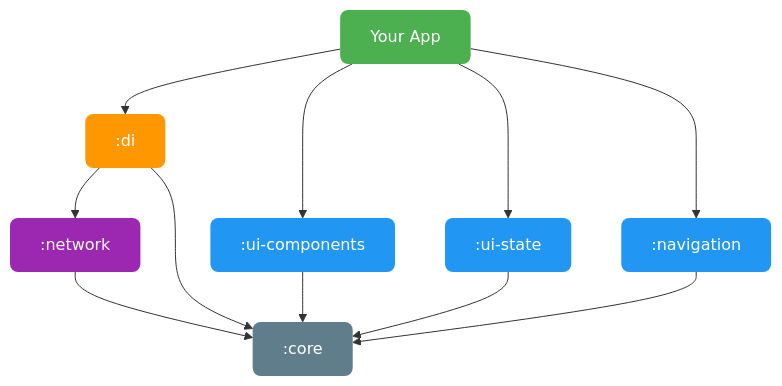
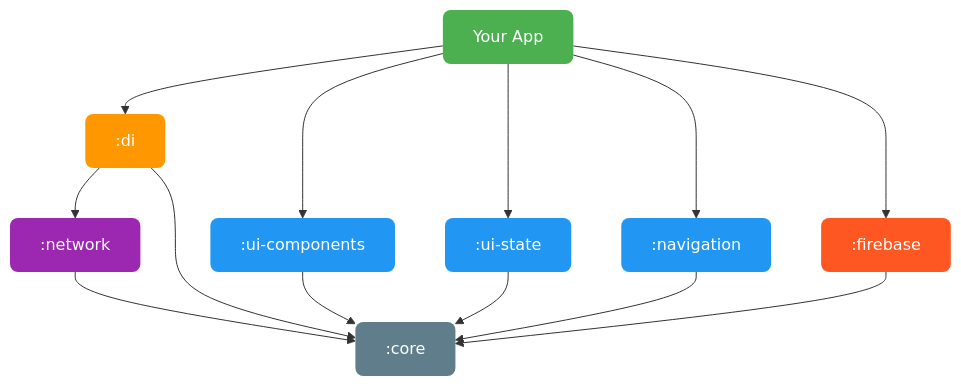
The first of 2 diagrams in README.md (wahidabd/miru-sdk), drawn with Mermaid before and after one commit. The commit also changed other lines of this file and 8 other files, not shown here.

````diff
--- a/README.md
+++ b/README.md
@@ -40,22 +41,25 @@
 ```mermaid
 graph TD
     APP[Your App] --> DI[":di"]
     APP --> UI[":ui-components"]
     APP --> STATE[":ui-state"]
     APP --> NAV[":navigation"]
+    APP --> FB[":firebase"]
 
     DI --> NETWORK[":network"]
     DI --> CORE[":core"]
+    FB --> CORE
     UI --> CORE
     STATE --> CORE
     NAV --> CORE
     NETWORK --> CORE
 
     style APP fill:#4CAF50,color:#fff,stroke:none,rx:8
     style DI fill:#FF9800,color:#fff,stroke:none,rx:8
+    style FB fill:#FF5722,color:#fff,stroke:none,rx:8
     style UI fill:#2196F3,color:#fff,stroke:none,rx:8
     style STATE fill:#2196F3,color:#fff,stroke:none,rx:8
     style NAV fill:#2196F3,color:#fff,stroke:none,rx:8
     style NETWORK fill:#9C27B0,color:#fff,stroke:none,rx:8
     style CORE fill:#607D8B,color:#fff,stroke:none,rx:8
 ```
````
